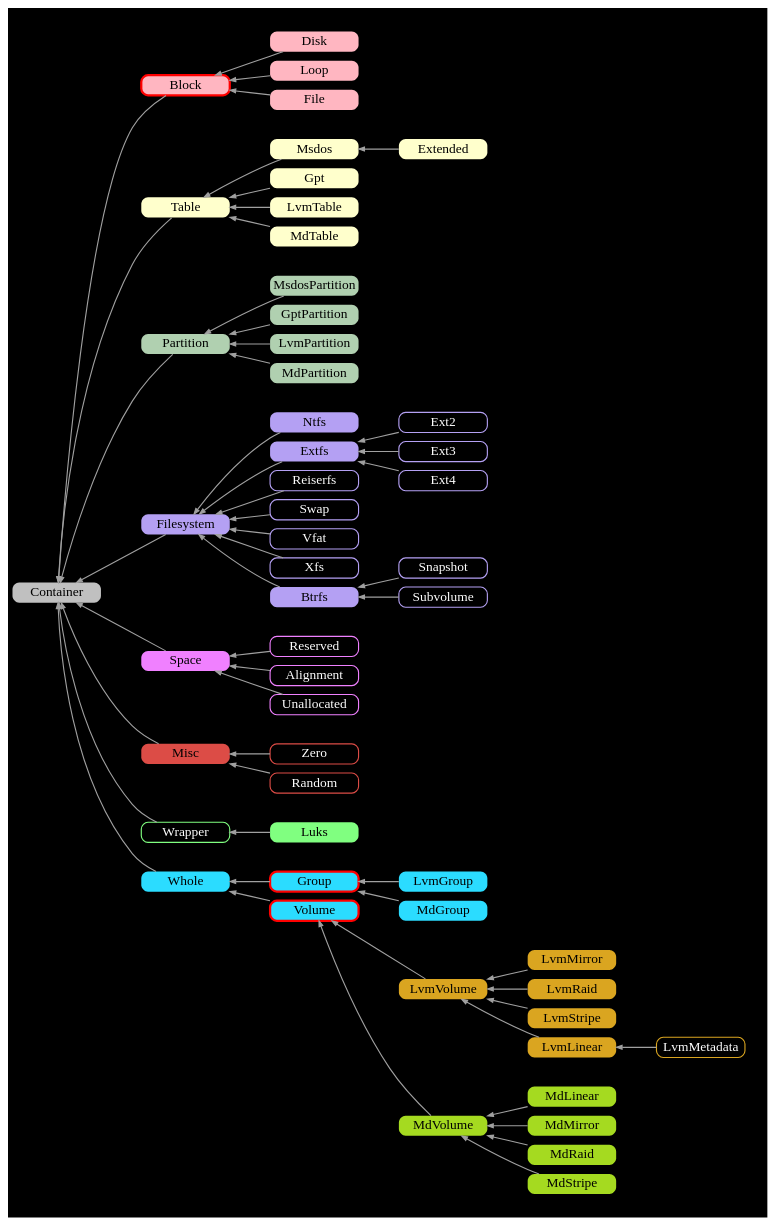
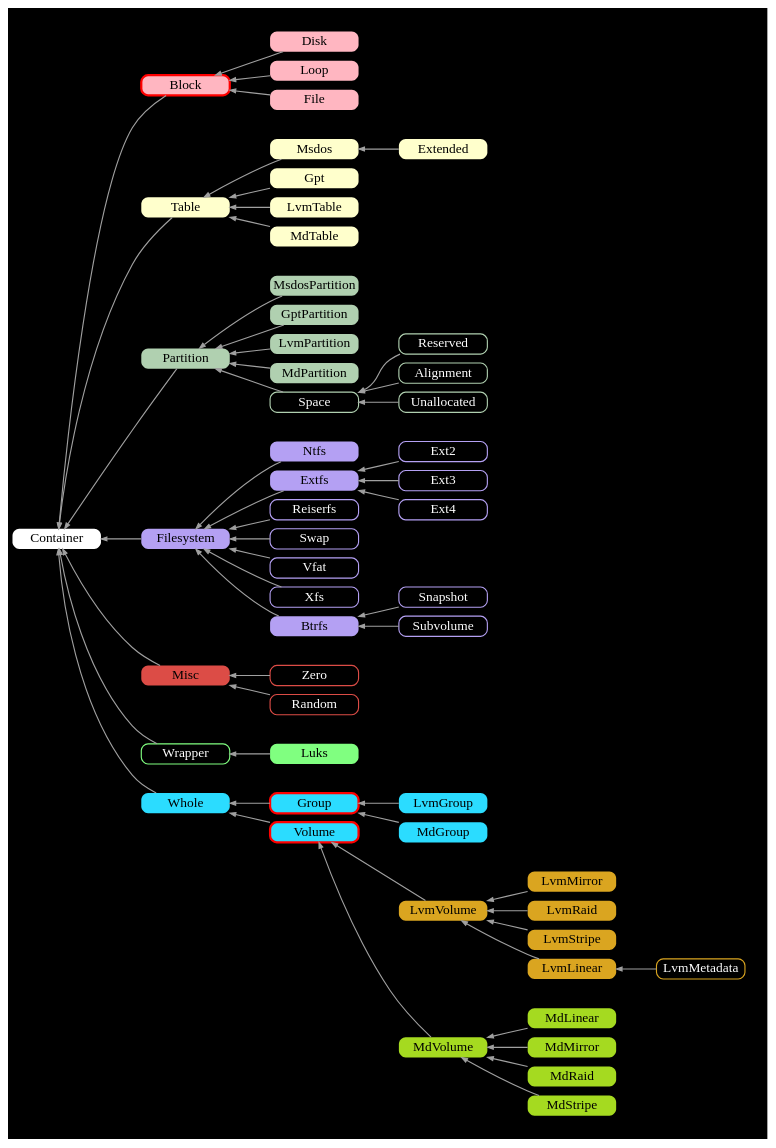
The diagram in gfx/class_dparted5.gv (flatcap/dparted), drawn with Graphviz before and after one commit. The commit also changed 78 other files, not shown here.

```diff
--- a/gfx/class_dparted5.gv
+++ b/gfx/class_dparted5.gv
@@ -24,7 +24,7 @@
 		arrowsize=0.5
 	];
 
-	Container      [ fillcolor="#C0C0C0" ];
+	Container      [ fillcolor="#FFFFFF" ];
 
 	Block          [ fillcolor="#FFB6C1" penwidth=2 color=red ];
 	Disk           [ fillcolor="#FFB6C1" ];
@@ -44,6 +44,11 @@
 	LvmPartition   [ fillcolor="#B0D0B0" ];
 	MdPartition    [ fillcolor="#B0D0B0" ];
 
+	Space          [ color="#B0D0B0" fontcolor=white style=solid penwidth=1 ];
+	Reserved       [ color="#B0D0B0" fontcolor=white style=solid penwidth=1 ];
+	Alignment      [ color="#B0D0B0" fontcolor=white style=solid penwidth=1 ];
+	Unallocated    [ color="#B0D0B0" fontcolor=white style=solid penwidth=1 ];
+
 	Filesystem     [ fillcolor="#B4A0F3" ];
 	Extfs          [ fillcolor="#B4A0F3" ];
 	Btrfs          [ fillcolor="#B4A0F3" ];
@@ -60,12 +65,6 @@
 
 	BtrfsSnapshot  [ label="Snapshot"  color="#B4A0F3" fontcolor=white style=solid penwidth=1 ];
 	BtrfsSubvolume [ label="Subvolume" color="#B4A0F3" fontcolor=white style=solid penwidth=1 ];
-
-	Space          [ fillcolor="#F080FF" ];
-
-	Reserved       [ color="#F080FF" fontcolor=white style=solid penwidth=1 ];
-	Alignment      [ color="#F080FF" fontcolor=white style=solid penwidth=1 ];
-	Unallocated    [ color="#F080FF" fontcolor=white style=solid penwidth=1 ];
 
 	Misc           [ fillcolor="#DC4C46" ];
 
@@ -100,7 +99,6 @@
 	Filesystem -> Container;
 	Misc       -> Container;
 	Partition  -> Container;
-	Space      -> Container;
 	Table      -> Container;
 	Whole      -> Container;
 	Wrapper    -> Container;
@@ -141,28 +139,26 @@
 	subgraph cluster_3 {
 		color = transparent;
 
-		Reserved             -> Space;
-		Alignment            -> Space;
-		Unallocated          -> Space;
-	}
-
-	subgraph cluster_4 {
-		color = transparent;
-
 		Zero                 -> Misc;
 		Random               -> Misc;
 	}
 
-	subgraph cluster_5 {
+	subgraph cluster_4 {
 		color = transparent;
 
 		MsdosPartition       -> Partition;
 		GptPartition         -> Partition;
 		LvmPartition         -> Partition;
 		MdPartition          -> Partition;
+
+		Space                -> Partition;
+		Reserved             -> Space;
+		Alignment            -> Space;
+		Unallocated          -> Space;
+
 	}
 
-	subgraph cluster_6 {
+	subgraph cluster_5 {
 		color = transparent;
 
 		LvmMetadata          -> LvmLinear;
@@ -172,7 +168,7 @@
 		LvmStripe            -> LvmVolume;
 	}
 
-	subgraph cluster_7 {
+	subgraph cluster_6 {
 		color = transparent;
 
 		MdLinear             -> MdVolume;
@@ -181,7 +177,7 @@
 		MdStripe             -> MdVolume;
 	}
 
-	subgraph cluster_8 {
+	subgraph cluster_7 {
 		color = transparent;
 
 		LvmGroup             -> Group;
@@ -190,7 +186,7 @@
 		Volume               -> Whole;
 	}
 
-	subgraph cluster_9 {
+	subgraph cluster_8 {
 		color = transparent;
 
 		Disk                 -> Block;
@@ -198,7 +194,7 @@
 		File                 -> Block;
 	}
 
-	subgraph cluster_10 {
+	subgraph cluster_9 {
 		color = transparent;
 
 		Luks                 -> Wrapper;
```
